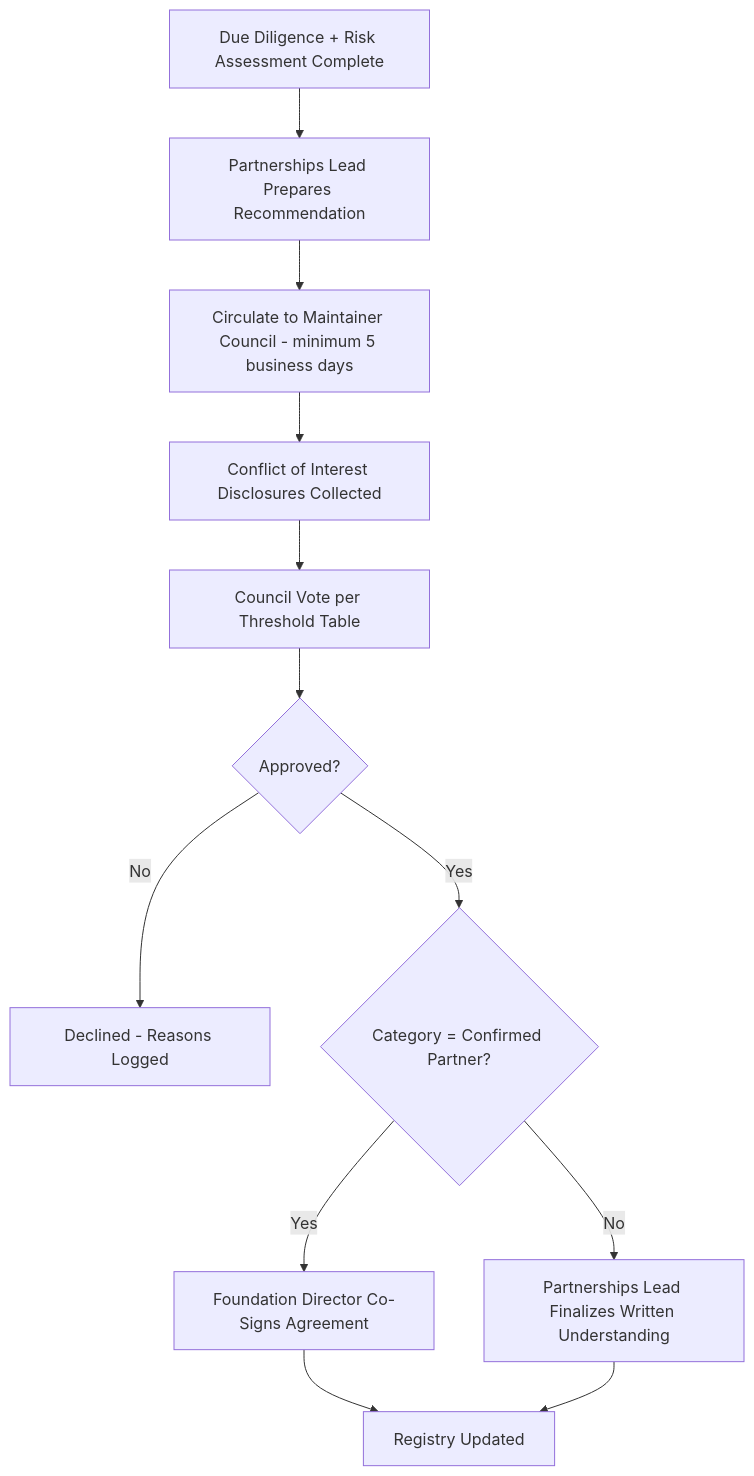
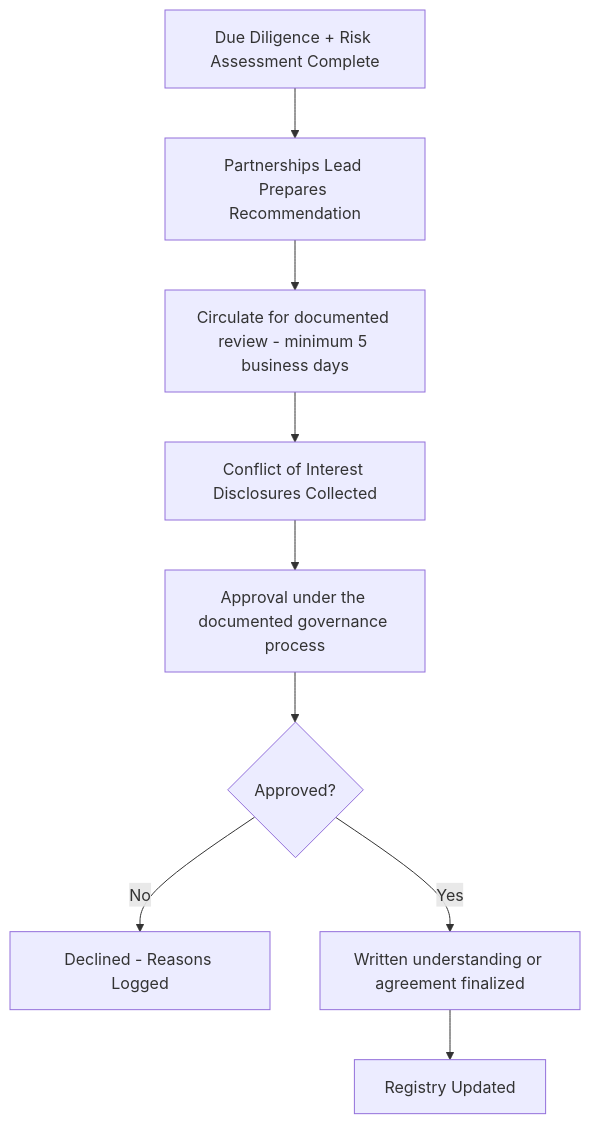
One commit to Celo-HaiTi/.github changed the fifth of 6 diagrams in PARTNERSHIPS.md. Above: the diagram before and after it, drawn with Mermaid. The commit also changed other lines of this file and 11 other files, not shown here.

````diff
--- a/PARTNERSHIPS.md
+++ b/PARTNERSHIPS.md
@@ -412,14 +411,11 @@
 ```mermaid
 flowchart TD
     A[Due Diligence + Risk Assessment Complete] --> B[Partnerships Lead Prepares Recommendation]
-    B --> C[Circulate to Maintainer Council - minimum 5 business days]
+    B --> C[Circulate for documented review - minimum 5 business days]
     C --> D[Conflict of Interest Disclosures Collected]
-    D --> E[Council Vote per Threshold Table]
+    D --> E[Approval under the documented governance process]
     E --> F{Approved?}
     F -- No --> G[Declined - Reasons Logged]
-    F -- Yes --> H{Category = Confirmed Partner?}
-    H -- Yes --> I[Foundation Director Co-Signs Agreement]
-    H -- No --> J[Partnerships Lead Finalizes Written Understanding]
-    I --> K[Registry Updated]
-    J --> K
+    F -- Yes --> H[Written understanding or agreement finalized]
+    H --> K[Registry Updated]
 ```
````
